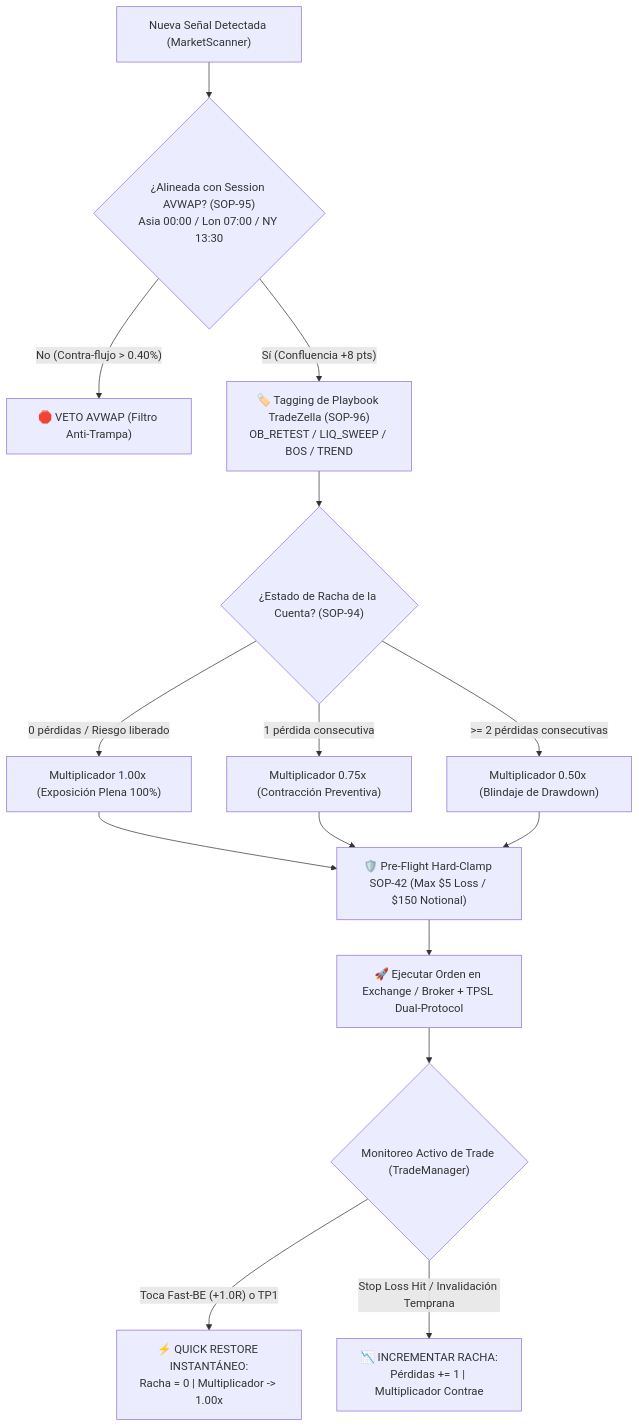
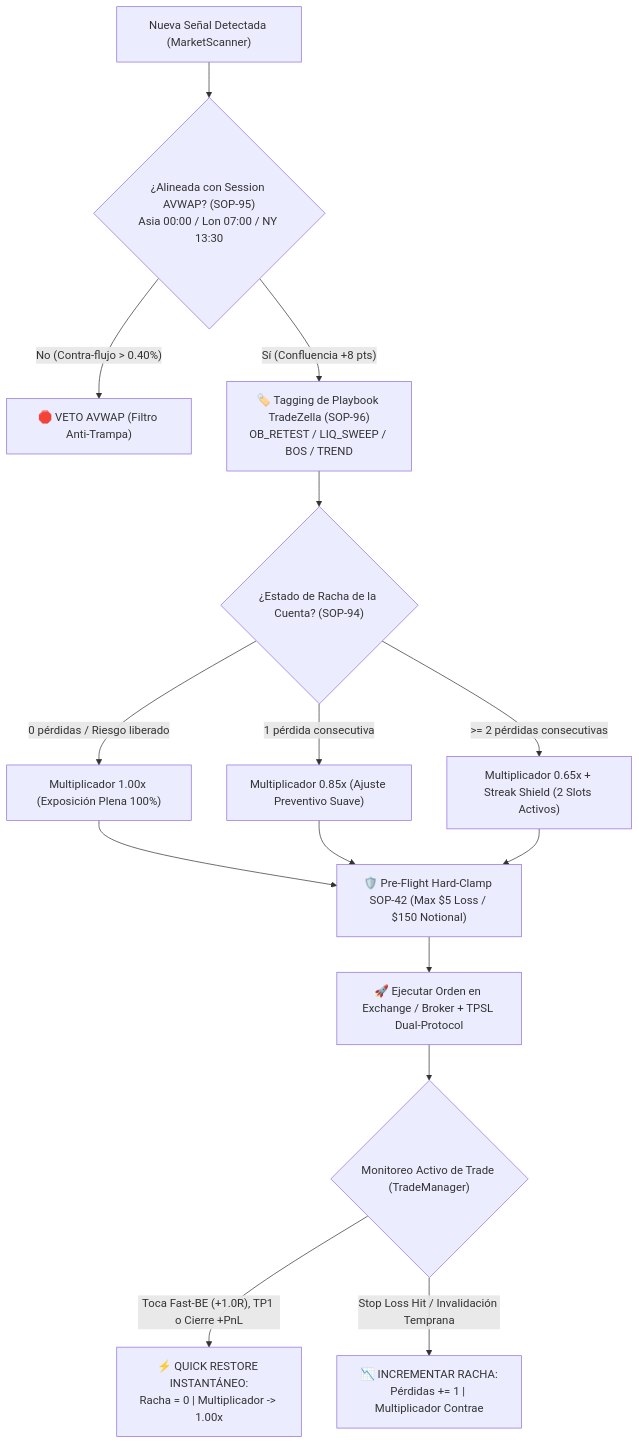
Before and after one commit to matiquelmec/Slingshot: the diagram in docs/SLINGSHOT_BIBLE_V60.md, drawn with Mermaid. The commit also changed other lines of this file and 6 other files, not shown here.

````diff
--- a/docs/SLINGSHOT_BIBLE_V60.md
+++ b/docs/SLINGSHOT_BIBLE_V60.md
@@ -10,24 +10,24 @@
 ```mermaid
 flowchart TD
     SIG["Nueva Señal Detectada (MarketScanner)"] --> Q_AVWAP{"¿Alineada con Session AVWAP? (SOP-95)<br/>Asia 00:00 / Lon 07:00 / NY 13:30"}
     
     Q_AVWAP -- "No (Contra-flujo > 0.40%)" --> V_AVWAP["🛑 VETO AVWAP (Filtro Anti-Trampa)"]
     Q_AVWAP -- "Sí (Confluencia +8 pts)" --> TAG["🏷️ Tagging de Playbook TradeZella (SOP-96)<br/>OB_RETEST / LIQ_SWEEP / BOS / TREND"]
     
     TAG --> Q_STREAK{"¿Estado de Racha de la Cuenta? (SOP-94)"}
     
     Q_STREAK -- "0 pérdidas / Riesgo liberado" --> MULT_100["Multiplicador 1.00x (Exposición Plena 100%)"]
-    Q_STREAK -- "1 pérdida consecutiva" --> MULT_75["Multiplicador 0.75x (Contracción Preventiva)"]
-    Q_STREAK -- ">= 2 pérdidas consecutivas" --> MULT_50["Multiplicador 0.50x (Blindaje de Drawdown)"]
+    Q_STREAK -- "1 pérdida consecutiva" --> MULT_75["Multiplicador 0.85x (Ajuste Preventivo Suave)"]
+    Q_STREAK -- ">= 2 pérdidas consecutivas" --> MULT_50["Multiplicador 0.65x + Streak Shield (2 Slots Activos)"]
     
     MULT_100 --> CLAMP["🛡️ Pre-Flight Hard-Clamp SOP-42 (Max $5 Loss / $150 Notional)"]
     MULT_75 --> CLAMP
     MULT_50 --> CLAMP
     
     CLAMP --> EXE["🚀 Ejecutar Orden en Exchange / Broker + TPSL Dual-Protocol"]
     
     EXE --> LIFE{"Monitoreo Activo de Trade (TradeManager)"}
     
-    LIFE -- "Toca Fast-BE (+1.0R) o TP1" --> QR["⚡ QUICK RESTORE INSTANTÁNEO:<br/>Racha = 0 | Multiplicador -> 1.00x"]
+    LIFE -- "Toca Fast-BE (+1.0R), TP1 o Cierre +PnL" --> QR["⚡ QUICK RESTORE INSTANTÁNEO:<br/>Racha = 0 | Multiplicador -> 1.00x"]
     LIFE -- "Stop Loss Hit / Invalidación Temprana" --> SL_HIT["📉 INCREMENTAR RACHA:<br/>Pérdidas += 1 | Multiplicador Contrae"]
 ```
````
